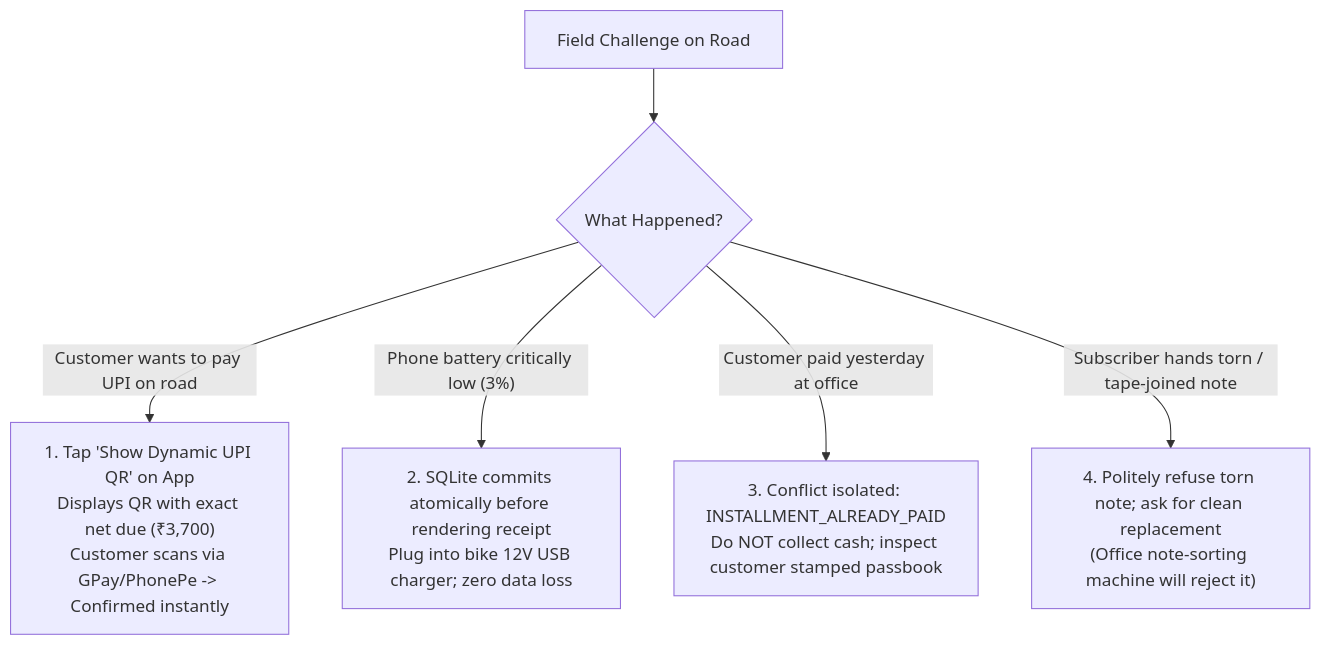
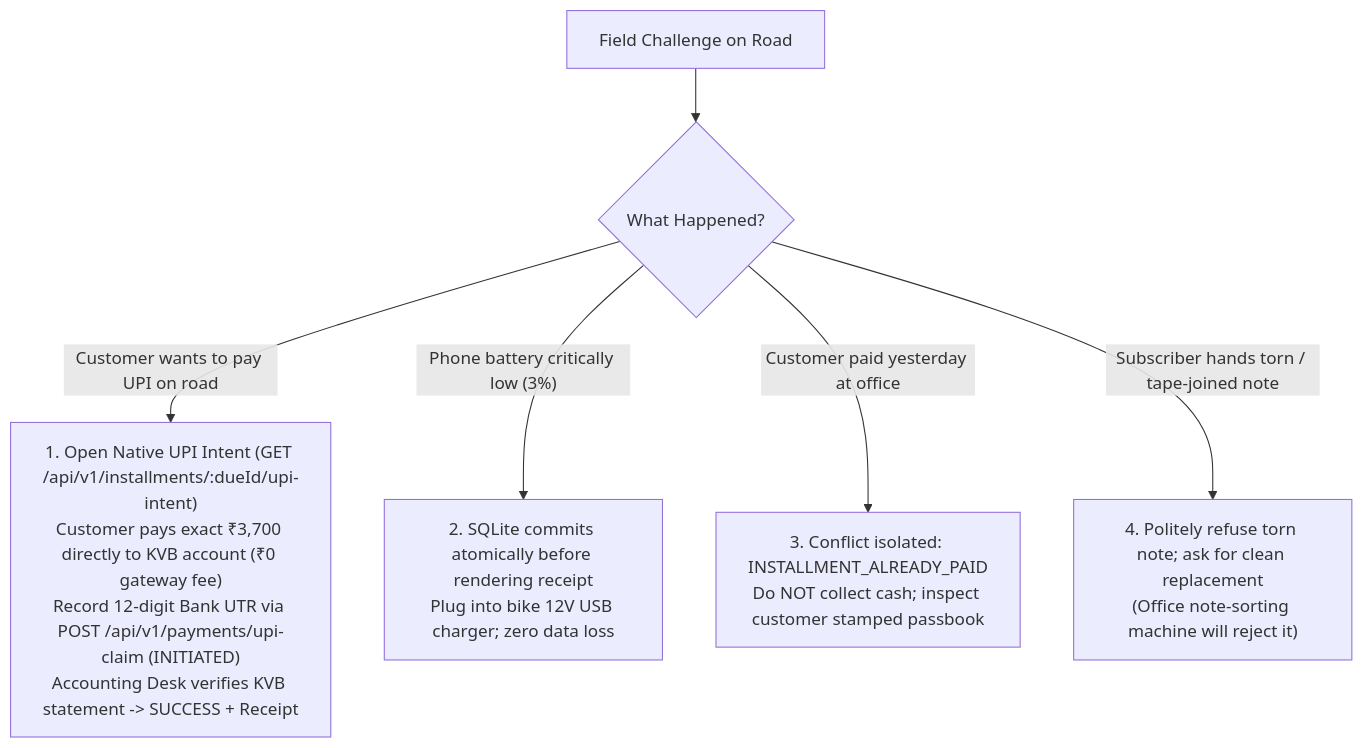
The ninth of 9 diagrams in docs/07-operations/user-manuals/agent-mobile-manual.md (Kathir-24/Kumaran-finance), drawn with Mermaid before and after one commit. The commit also changed other lines of this file and 4 other files, not shown here.

````diff
--- a/docs/07-operations/user-manuals/agent-mobile-manual.md
+++ b/docs/07-operations/user-manuals/agent-mobile-manual.md
@@ -210,8 +214,8 @@
 ```mermaid
 flowchart TD
     Issue["Field Challenge on Road"] --> Type{"What Happened?"}
-    Type -- "Customer wants to pay UPI on road" --> QR["1. Tap 'Show Dynamic UPI QR' on App\nDisplays QR with exact net due (₹3,700)\nCustomer scans via GPay/PhonePe -> Confirmed instantly"]
+    Type -- "Customer wants to pay UPI on road" --> QR["1. Open Native UPI Intent (GET /api/v1/installments/:dueId/upi-intent)\nCustomer pays exact ₹3,700 directly to KVB account (₹0 gateway fee)\nRecord 12-digit Bank UTR via POST /api/v1/payments/upi-claim (INITIATED)\nAccounting Desk verifies KVB statement -> SUCCESS + Receipt"]
     Type -- "Phone battery critically low (3%)" --> Bat["2. SQLite commits atomically before rendering receipt\nPlug into bike 12V USB charger; zero data loss"]
     Type -- "Customer paid yesterday at office" --> Conflict["3. Conflict isolated: INSTALLMENT_ALREADY_PAID\nDo NOT collect cash; inspect customer stamped passbook"]
     Type -- "Subscriber hands torn / tape-joined note" --> Note["4. Politely refuse torn note; ask for clean replacement\n(Office note-sorting machine will reject it)"]
 ```
````
